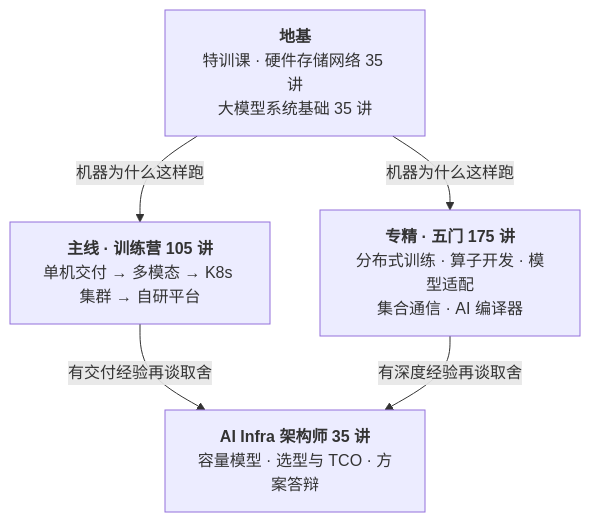
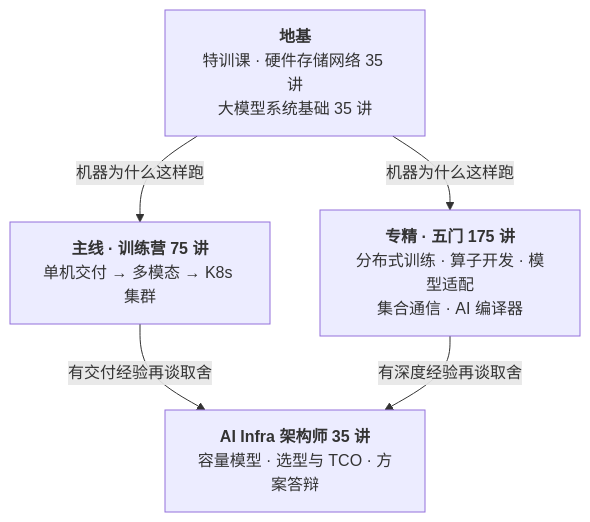
One commit to aiinfra-store/aiinfra-store changed the diagram in README.md. Above: the diagram before and after it, drawn with Mermaid. The commit also changed other lines of this file and 1 other file, not shown here.

````diff
--- a/README.md
+++ b/README.md
@@ -11,11 +11,11 @@
 ```mermaid
 flowchart TD
     A["<b>地基</b><br/>特训课 · 硬件存储网络 35 讲<br/>大模型系统基础 35 讲"]
-    B["<b>主线 · 训练营 105 讲</b><br/>单机交付 → 多模态 → K8s 集群 → 自研平台"]
+    B["<b>主线 · 训练营 75 讲</b><br/>单机交付 → 多模态 → K8s 集群"]
     C["<b>专精 · 五门 175 讲</b><br/>分布式训练 · 算子开发 · 模型适配<br/>集合通信 · AI 编译器"]
     D["<b>AI Infra 架构师 35 讲</b><br/>容量模型 · 选型与 TCO · 方案答辩"]
     A -->|机器为什么这样跑| B
     A -->|机器为什么这样跑| C
     B -->|有交付经验再谈取舍| D
     C -->|有深度经验再谈取舍| D
 ```
````
